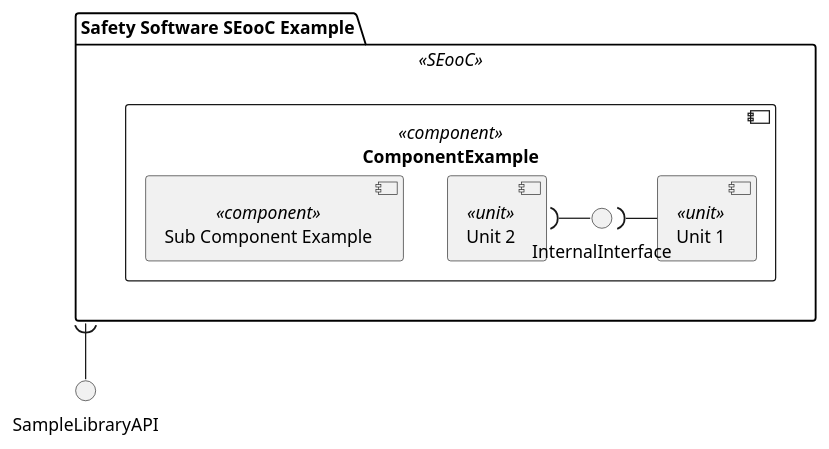
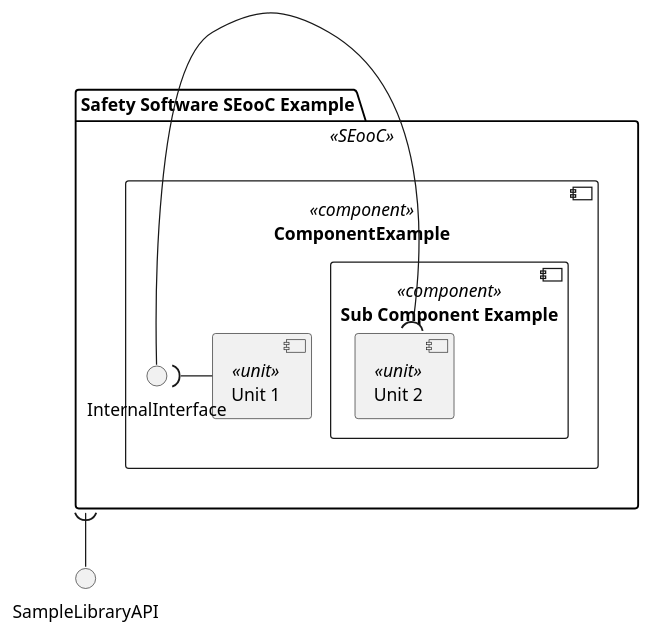
The diagram in bazel/rules/rules_score/examples/seooc/design/static_design.puml (eclipse-score/tooling), drawn with PlantUML before and after one commit. The commit also changed 8 other files, not shown here.

```diff
--- a/bazel/rules/rules_score/examples/seooc/design/static_design.puml
+++ b/bazel/rules/rules_score/examples/seooc/design/static_design.puml
@@ -14,19 +14,20 @@
 @startuml static_design
 
 package "Safety Software SEooC Example" as safety_software_seooc_example <<SEooC>> {
     component "ComponentExample" as component_example <<component>> {
         component "Unit 1" as unit_1 <<unit>>
-        component "Unit 2" as unit_2 <<unit>>
-        component "Sub Component Example" as sub_component_example <<component>>
+        component "Sub Component Example" as sub_component_example <<component>> {
+            component "Unit 2" as unit_2 <<unit>>
+        }
 
         interface "InternalInterface" as InternalInterface
         unit_1 -l-( InternalInterface
         unit_2 )-r- InternalInterface
     }
 }
 
 interface "SampleLibraryAPI" as SampleLibraryAPI
 
 safety_software_seooc_example )-d- SampleLibraryAPI
 
 @enduml
```
